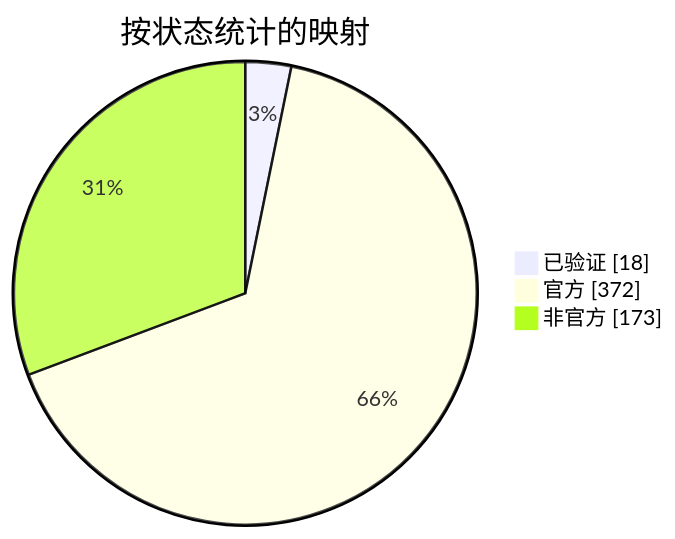
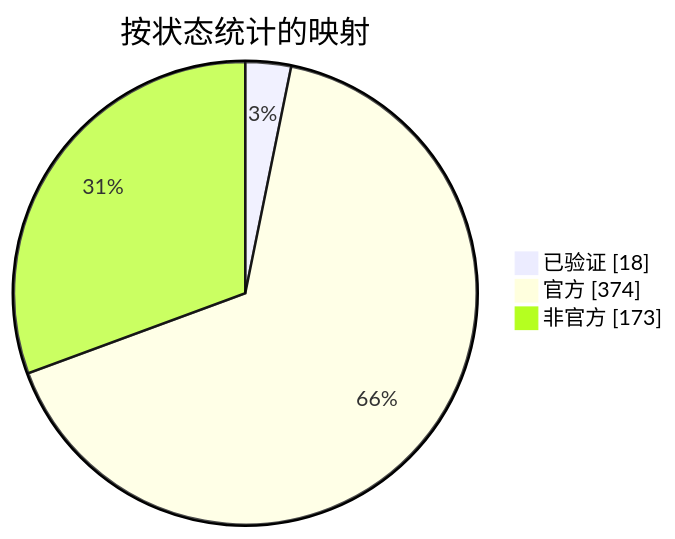
One commit to nobrega8/mbmap-library changed the diagram in docs/readme/README_ZHS.md. Above: the diagram before and after it, drawn with Mermaid. The commit also changed 7 other files, not shown here.

````diff
--- a/docs/readme/README_ZHS.md
+++ b/docs/readme/README_ZHS.md
@@ -54,7 +54,7 @@
 ```mermaid
 pie showData
     title 按状态统计的映射
     "已验证" : 18
-    "官方" : 372
+    "官方" : 374
     "非官方" : 173
 ```
````
